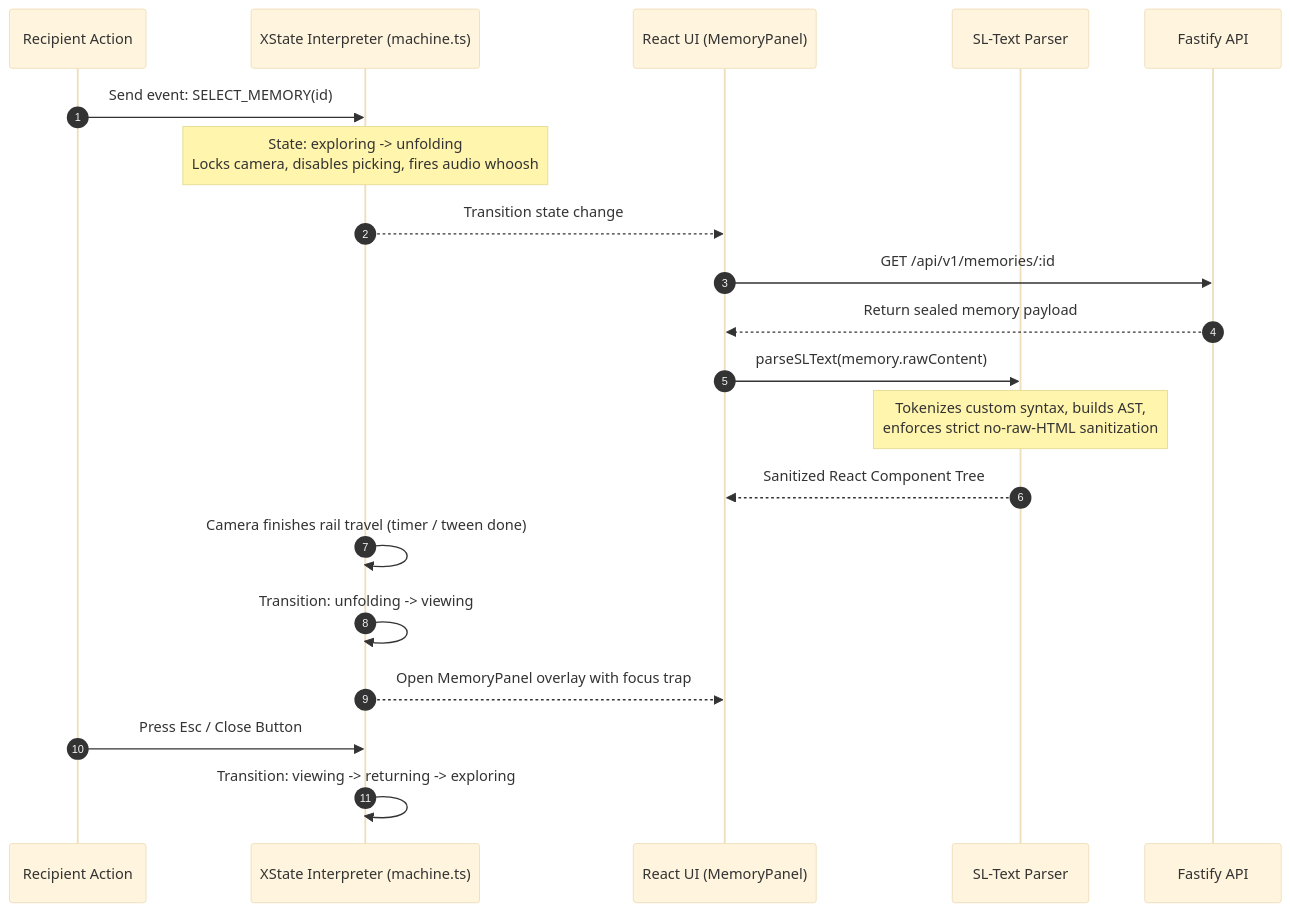
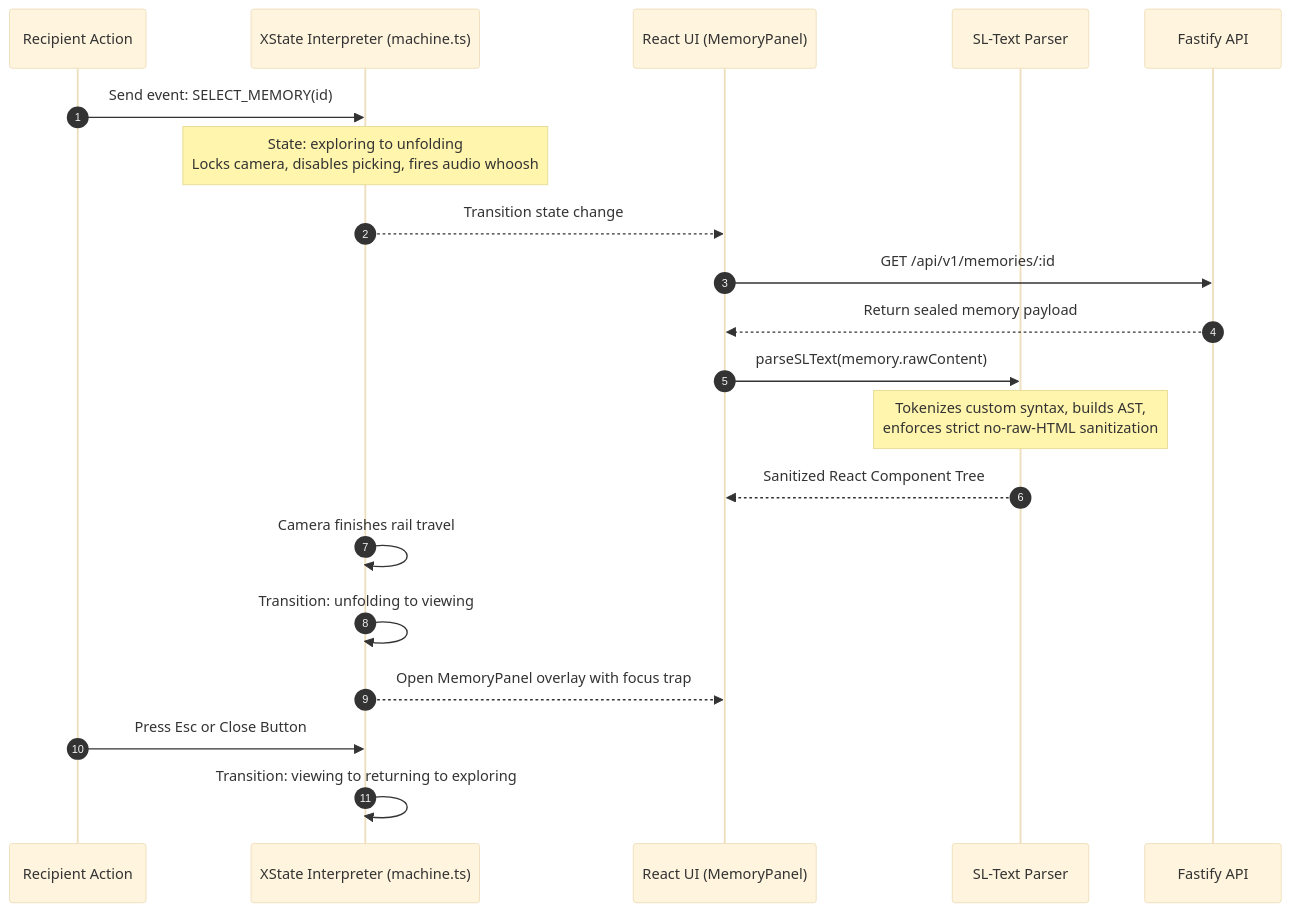
Before and after one commit to HarshkumarG007/SlowLight: the sixth of 17 diagrams in README.md, drawn with Mermaid (base theme). The commit also changed other lines of this file, not shown here.

Commit message:
docs(readme): fix GitHub Mermaid parser syntax across all sequence diagrams

````diff
--- a/README.md
+++ b/README.md
@@ -782,23 +782,23 @@
 ```mermaid
 sequenceDiagram
     autonumber
     participant User as Recipient Action
     participant XState as XState Interpreter (machine.ts)
     participant React as React UI (MemoryPanel)
     participant Parser as SL-Text Parser
     participant API as Fastify API
     
     User->>XState: Send event: SELECT_MEMORY(id)
-    Note over XState: State: exploring -> unfolding<br/>Locks camera, disables picking, fires audio whoosh
+    Note over XState: State: exploring to unfolding<br/>Locks camera, disables picking, fires audio whoosh
     XState-->>React: Transition state change
     React->>API: GET /api/v1/memories/:id
     API-->>React: Return sealed memory payload
     React->>Parser: parseSLText(memory.rawContent)
     Note over Parser: Tokenizes custom syntax, builds AST,<br/>enforces strict no-raw-HTML sanitization
     Parser-->>React: Sanitized React Component Tree
-    XState->>XState: Camera finishes rail travel (timer / tween done)
-    XState->>XState: Transition: unfolding -> viewing
+    XState->>XState: Camera finishes rail travel
+    XState->>XState: Transition: unfolding to viewing
     XState-->>React: Open MemoryPanel overlay with focus trap
-    User->>XState: Press Esc / Close Button
-    XState->>XState: Transition: viewing -> returning -> exploring
+    User->>XState: Press Esc or Close Button
+    XState->>XState: Transition: viewing to returning to exploring
 ```
````
